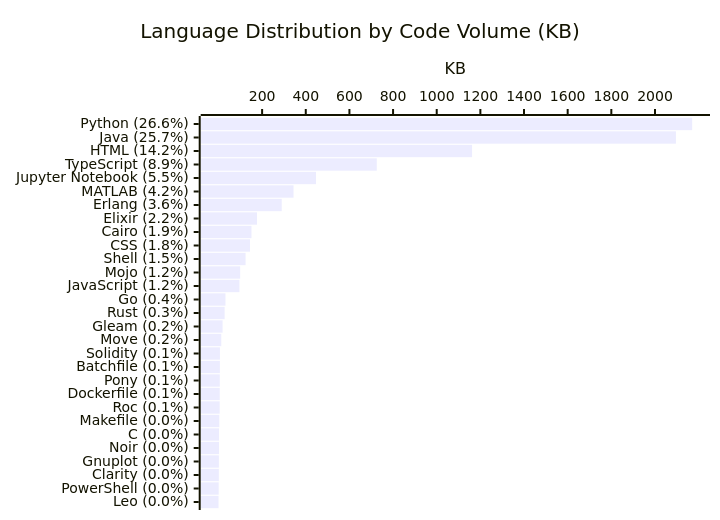
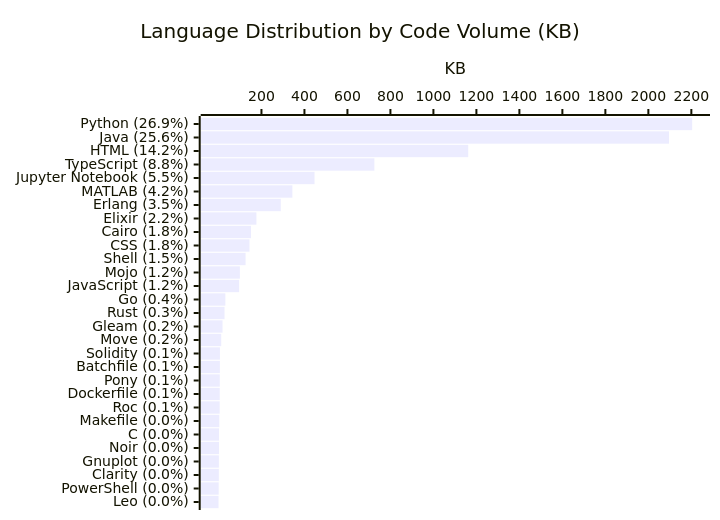
The diagram in profile/README.md (KathiraveluLab/.github), drawn with Mermaid before and after one commit. The commit also changed other lines of this file and 1 other file, not shown here.

````diff
--- a/profile/README.md
+++ b/profile/README.md
@@ -67,7 +67,7 @@
 ```mermaid
 xychart-beta horizontal
     title "Language Distribution by Code Volume (KB)"
-    x-axis ["Python (26.6%)", "Java (25.7%)", "HTML (14.2%)", "TypeScript (8.9%)", "Jupyter Notebook (5.5%)", "MATLAB (4.2%)", "Erlang (3.6%)", "Elixir (2.2%)", "Cairo (1.9%)", "CSS (1.8%)", "Shell (1.5%)", "Mojo (1.2%)", "JavaScript (1.2%)", "Go (0.4%)", "Rust (0.3%)", "Gleam (0.2%)", "Move (0.2%)", "Solidity (0.1%)", "Batchfile (0.1%)", "Pony (0.1%)", "Dockerfile (0.1%)", "Roc (0.1%)", "Makefile (0.0%)", "C (0.0%)", "Noir (0.0%)", "Gnuplot (0.0%)", "Clarity (0.0%)", "PowerShell (0.0%)", "Leo (0.0%)"]
+    x-axis ["Python (26.9%)", "Java (25.6%)", "HTML (14.2%)", "TypeScript (8.8%)", "Jupyter Notebook (5.5%)", "MATLAB (4.2%)", "Erlang (3.5%)", "Elixir (2.2%)", "Cairo (1.8%)", "CSS (1.8%)", "Shell (1.5%)", "Mojo (1.2%)", "JavaScript (1.2%)", "Go (0.4%)", "Rust (0.3%)", "Gleam (0.2%)", "Move (0.2%)", "Solidity (0.1%)", "Batchfile (0.1%)", "Pony (0.1%)", "Dockerfile (0.1%)", "Roc (0.1%)", "Makefile (0.0%)", "C (0.0%)", "Noir (0.0%)", "Gnuplot (0.0%)", "Clarity (0.0%)", "PowerShell (0.0%)", "Leo (0.0%)"]
     y-axis "KB"
-    bar [2170.46, 2095.91, 1161.88, 725.38, 446.91, 343.93, 289.93, 176.6, 151.31, 144.32, 124.15, 99.52, 96.07, 32.03, 28.25, 18.9, 12.89, 6.65, 6.48, 6.01, 5.75, 5.51, 3.74, 2.58, 2.46, 1.82, 1.53, 1.02, 0.26]
+    bar [2203.9, 2095.91, 1161.88, 725.38, 446.91, 343.93, 289.93, 176.6, 151.31, 144.32, 126.02, 99.52, 96.07, 32.03, 28.25, 18.9, 12.89, 6.65, 6.48, 6.01, 5.75, 5.51, 3.74, 2.58, 2.46, 1.82, 1.53, 1.02, 0.26]
 ```
````
